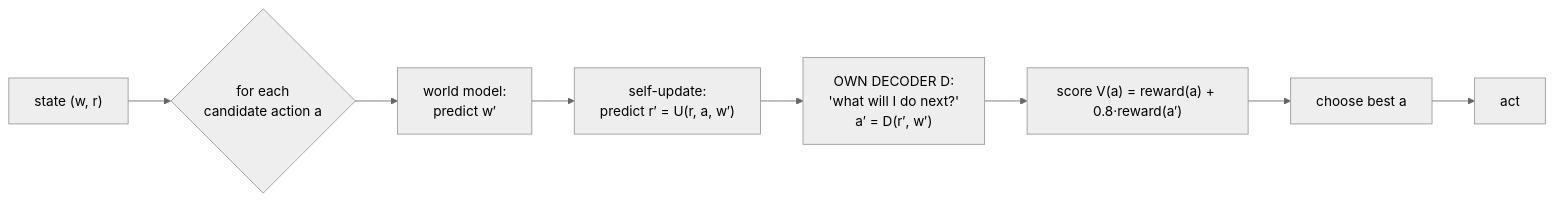
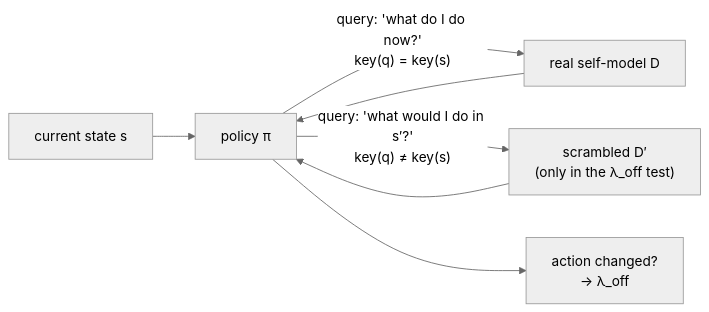
One commit to thomasms/strangeloop changed the fourth of 7 diagrams in REPORT.md. Above: the diagram before and after it, drawn with Mermaid (neutral theme). The commit also changed other lines of this file and 4 other files, not shown here.

````diff
--- a/REPORT.md
+++ b/REPORT.md
@@ -582,10 +508,9 @@
 ```mermaid
 flowchart LR
-    S["state (w, r)"] --> C{"for each<br/>candidate action a"}
-    C --> WM["world model:<br/>predict w′"]
-    WM --> UU["self-update:<br/>predict r′ = U(r, a, w′)"]
-    UU --> D["OWN DECODER D:<br/>'what will I do next?'<br/>a′ = D(r′, w′)"]
-    D --> V["score V(a) = reward(a) + 0.8·reward(a′)"]
-    V --> PICK["choose best a"]
-    PICK --> ACT["act"]
+    S["current state s"] --> P["policy π"]
+    P -- "query: 'what do I do now?'<br/>key(q) = key(s)" --> D["real self-model D"]
+    P -- "query: 'what would I do in s′?'<br/>key(q) ≠ key(s)" --> X["scrambled D′<br/>(only in the λ_off test)"]
+    D --> P
+    X --> P
+    P --> A["action changed?<br/>→ λ_off"]
 ```
````
